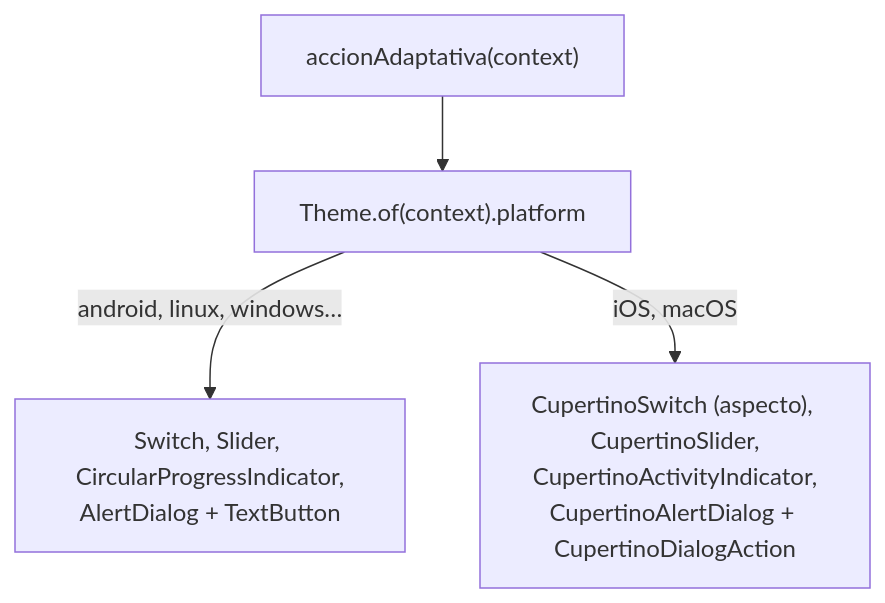
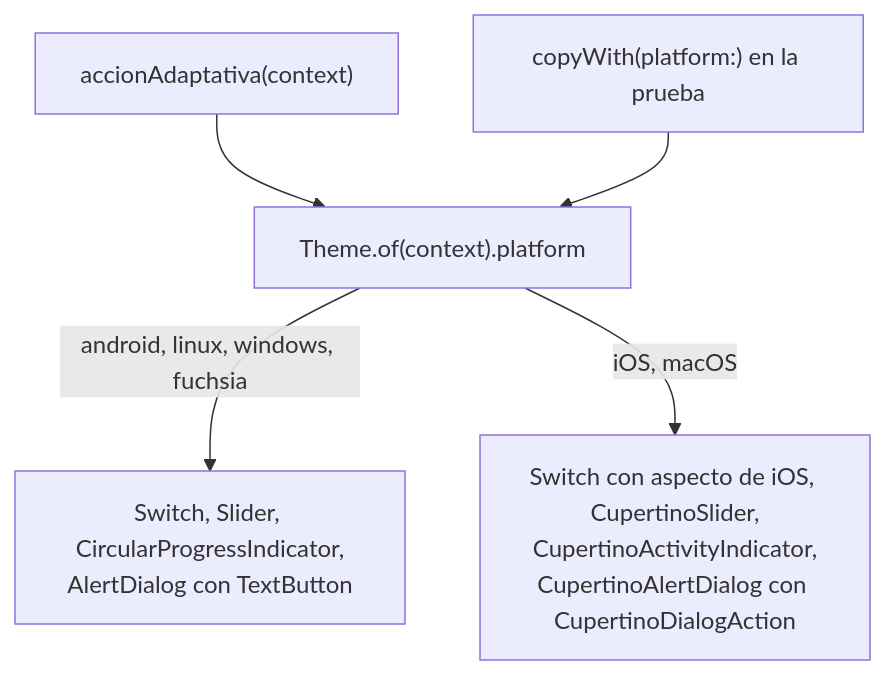
The fourth of 4 diagrams in web/public/content/flutter/modulo-10.md (NICORUIZ93/The_Imperial_Book), drawn with Mermaid before and after one commit. The commit also changed other lines of this file and 65 other files, not shown here.

````diff
--- a/web/public/content/flutter/modulo-10.md
+++ b/web/public/content/flutter/modulo-10.md
@@ -1148,6 +1473,7 @@
 ```mermaid
 flowchart TB
-    T["Theme.of(context).platform"] -->|android, linux, windows…| M["Switch, Slider, CircularProgressIndicator,<br/>AlertDialog + TextButton"]
-    T -->|iOS, macOS| C["CupertinoSwitch (aspecto), CupertinoSlider,<br/>CupertinoActivityIndicator,<br/>CupertinoAlertDialog + CupertinoDialogAction"]
+    T["Theme.of(context).platform"] -->|"android, linux, windows, fuchsia"| M["Switch, Slider, CircularProgressIndicator,<br/>AlertDialog con TextButton"]
+    T -->|"iOS, macOS"| C["Switch con aspecto de iOS, CupertinoSlider,<br/>CupertinoActivityIndicator,<br/>CupertinoAlertDialog con CupertinoDialogAction"]
     A["accionAdaptativa(context)"] --> T
+    D["copyWith(platform:) en la prueba"] --> T
 ```
````
